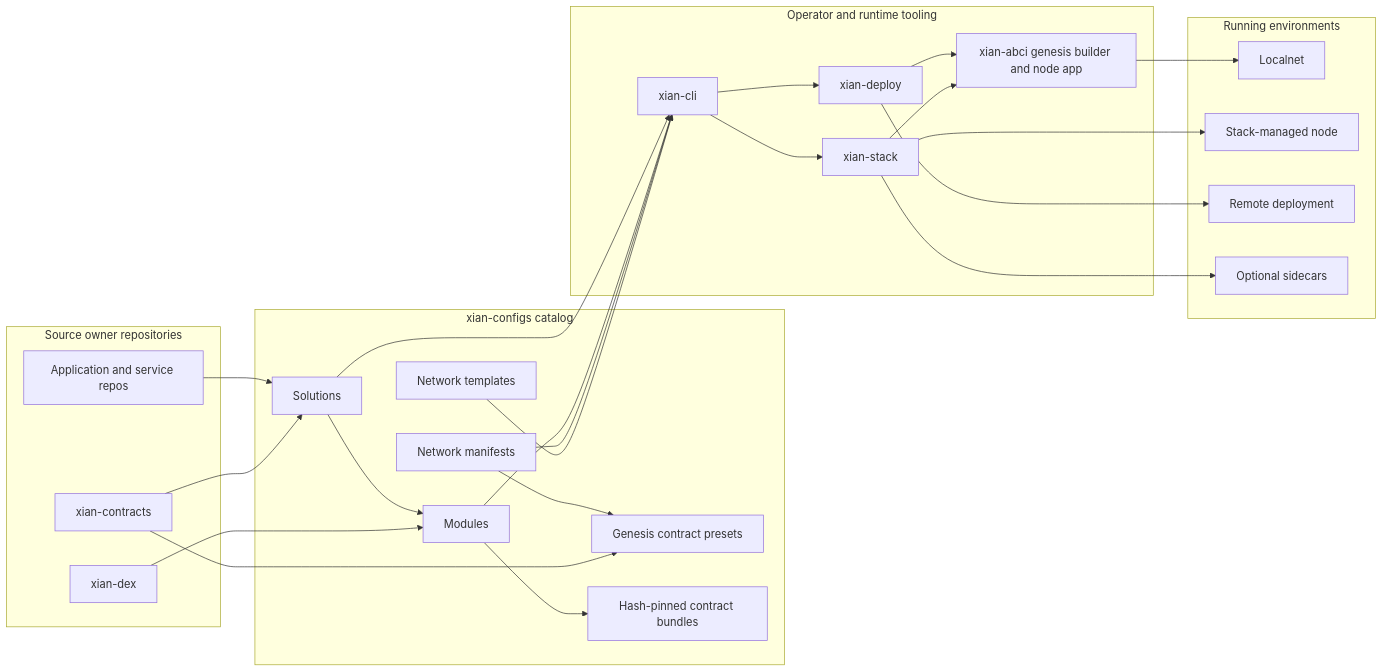
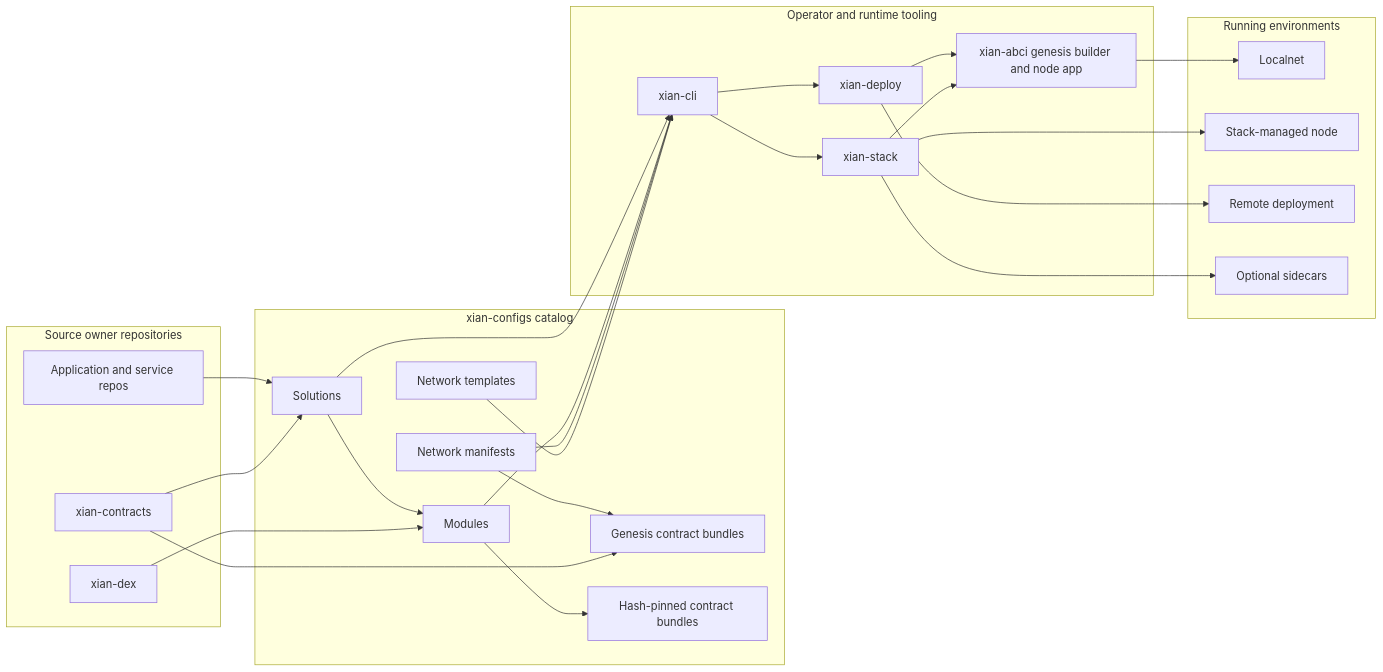
The first of 2 diagrams in introduction/architecture-overview.md (xian-technology/xian-docs-web), drawn with Mermaid before and after one commit. The commit also changed other lines of this file and 21 other files, not shown here.

````diff
--- a/introduction/architecture-overview.md
+++ b/introduction/architecture-overview.md
@@ -25,51 +25,51 @@
 ```mermaid
 flowchart LR
   subgraph Source["Source owner repositories"]
     DexRepo["xian-dex"]
     ContractsRepo["xian-contracts"]
     AppRepos["Application and service repos"]
   end
 
   subgraph Catalog["xian-configs catalog"]
     Networks["Network manifests"]
     Templates["Network templates"]
-    Genesis["Genesis contract presets"]
+    Genesis["Genesis contract bundles"]
     Modules["Modules"]
     Solutions["Solutions"]
     Bundles["Hash-pinned contract bundles"]
   end
 
   subgraph Tooling["Operator and runtime tooling"]
     CLI["xian-cli"]
     Stack["xian-stack"]
     Deploy["xian-deploy"]
     ABCI["xian-abci genesis builder and node app"]
   end
 
   subgraph Runtime["Running environments"]
     Localnet["Localnet"]
     Node["Stack-managed node"]
     Remote["Remote deployment"]
     Sidecars["Optional sidecars"]
   end
 
   DexRepo --> Modules
   ContractsRepo --> Genesis
   ContractsRepo --> Solutions
   AppRepos --> Solutions
   Modules --> Bundles
   Solutions --> Modules
   Networks --> Genesis
   Templates --> CLI
   Networks --> CLI
   Modules --> CLI
   Solutions --> CLI
   CLI --> Stack
   CLI --> Deploy
   Stack --> ABCI
   Deploy --> ABCI
   ABCI --> Localnet
   Stack --> Node
   Stack --> Sidecars
   Deploy --> Remote
 ```
````
